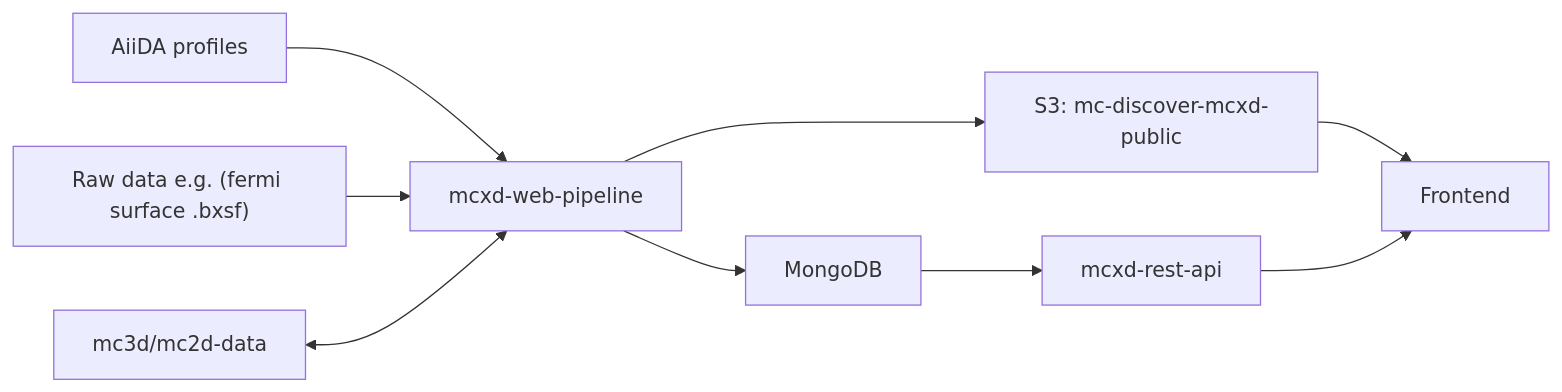
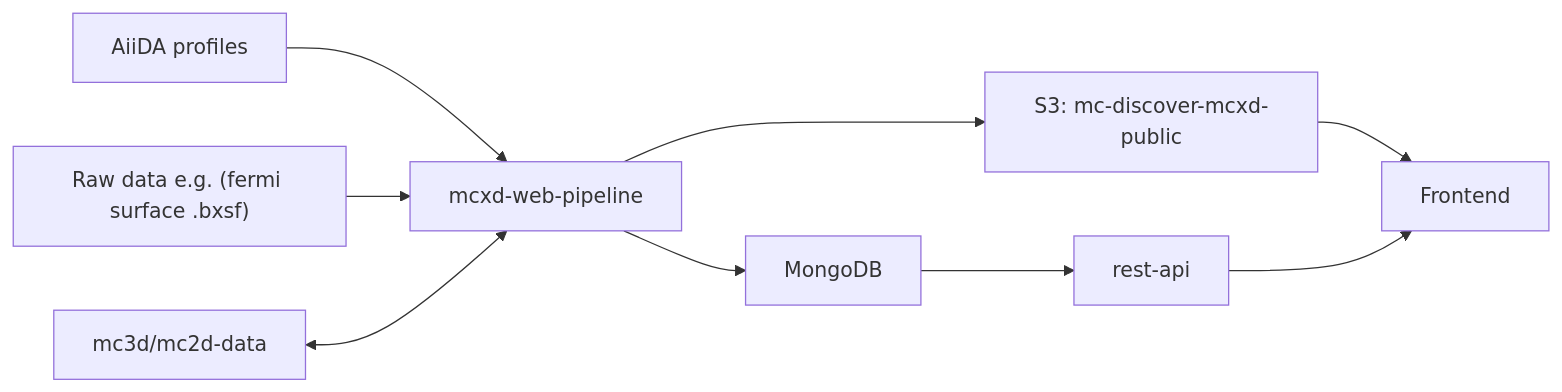
The diagram in README.md (materialscloud-org/mcxd-web-pipeline), drawn with Mermaid before and after one commit. The commit also changed 45 other files, not shown here.

````diff
--- a/README.md
+++ b/README.md
@@ -11,12 +11,12 @@
 ```mermaid
 flowchart LR
     D[AiiDA profiles] --> A
     H["Raw data e.g. (fermi surface .bxsf)"] --> A
     E[mc3d/mc2d-data] <--> A
 
     A[mcxd-web-pipeline] --> B[MongoDB]
     A[mcxd-web-pipeline] --> C[S3: mc-discover-mcxd-public]
-    B --> G[mcxd-rest-api]
+    B --> G[rest-api]
     C --> K[Frontend]
     G --> K
 ```
````
